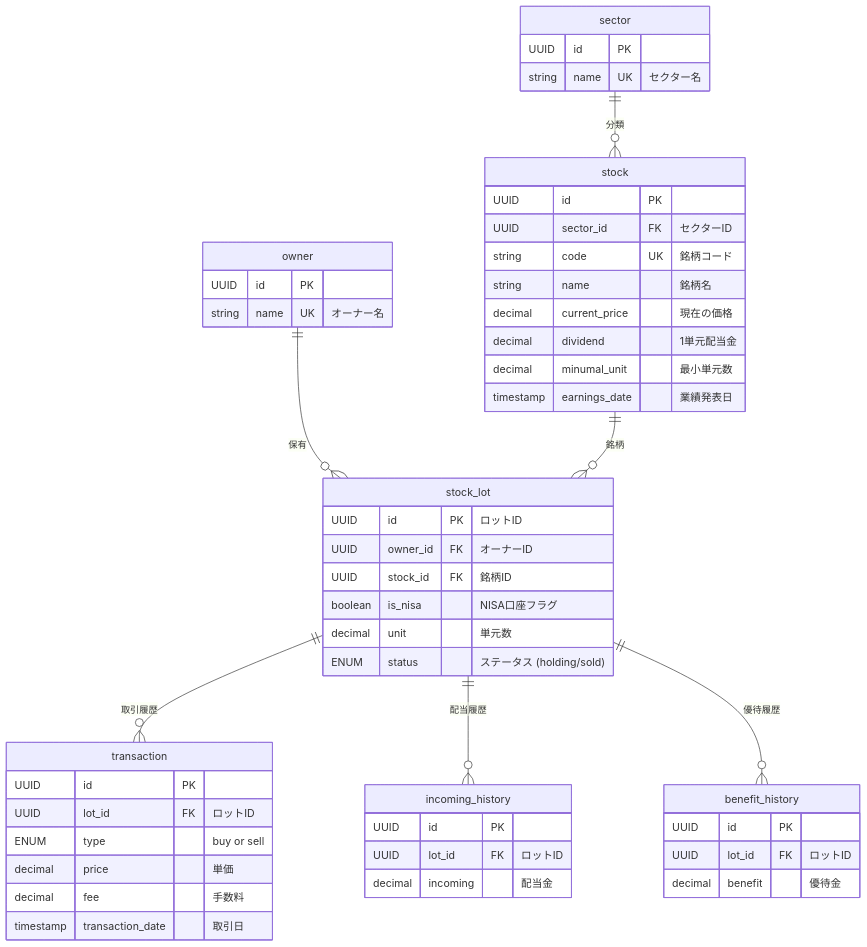
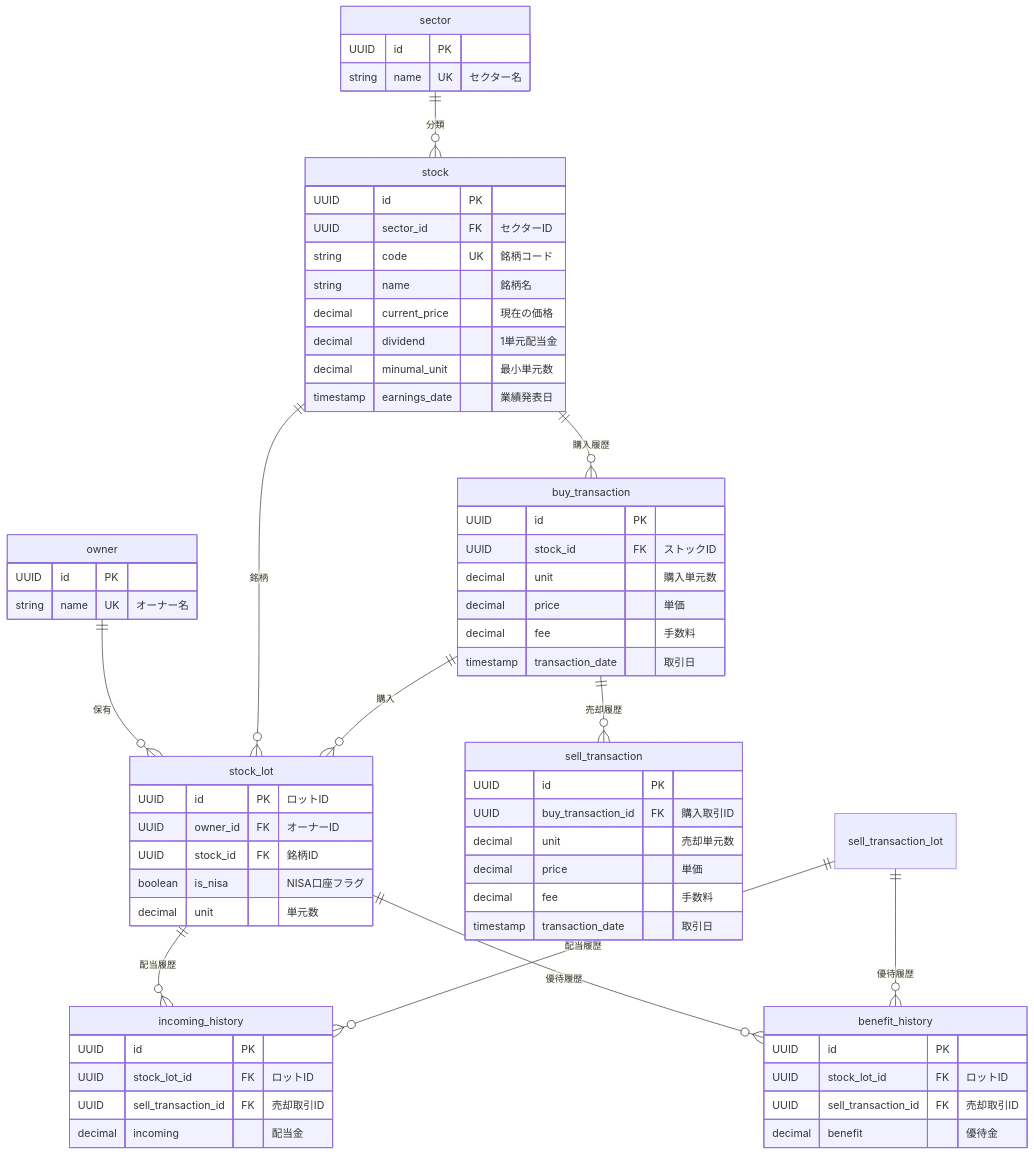
Before and after one commit to ijikeman/StockManager: the diagram in ER.md, drawn with Mermaid. The commit also changed other lines of this file, not shown here.

````diff
--- a/ER.md
+++ b/ER.md
@@ -12,61 +15,73 @@
 ```mermaid
 erDiagram
     stock {
         UUID id PK
         UUID sector_id FK "セクターID"
         string code UK "銘柄コード"
         string name "銘柄名"
         decimal current_price "現在の価格"
         decimal dividend "1単元配当金"
         decimal minumal_unit "最小単元数"
         timestamp earnings_date "業績発表日"
     }
     
     stock_lot {
         UUID id PK "ロットID"
         UUID owner_id FK "オーナーID"
         UUID stock_id FK "銘柄ID" 
         boolean is_nisa "NISA口座フラグ"
         decimal unit "単元数"
-        ENUM status "ステータス (holding/sold)"
     }
     
-    transaction {
+    buy_transaction {
         UUID id PK
-        UUID lot_id FK "ロットID"
-        ENUM type "buy or sell"
+        UUID stock_id FK "ストックID"
+        decimal unit "購入単元数"
+        decimal price "単価"
+        decimal fee "手数料"
+        timestamp transaction_date "取引日"
+    }
+
+    sell_transaction {
+        UUID id PK
+        UUID buy_transaction_id FK "購入取引ID"
+        decimal unit "売却単元数"
         decimal price "単価"
         decimal fee "手数料"
         timestamp transaction_date "取引日"
     }
 
     incoming_history {
         UUID id PK
-        UUID lot_id FK "ロットID"
+        UUID stock_lot_id FK "ロットID"
+        UUID sell_transaction_id FK "売却取引ID"
         decimal incoming "配当金"
     }
 
     benefit_history {
         UUID id PK
-        UUID lot_id FK "ロットID"
+        UUID stock_lot_id FK "ロットID"
+        UUID sell_transaction_id FK "売却取引ID"
         decimal benefit "優待金"
     }
 
     owner {
         UUID id PK
         string name UK "オーナー名"
     }
-    
 
     sector {
         UUID id PK
         string name UK "セクター名"
     }
-    
     owner ||--o{ stock_lot : "保有"
     stock ||--o{ stock_lot : "銘柄"
-    stock_lot ||--o{ transaction : "取引履歴"
+    stock ||--o{ buy_transaction : "購入履歴"
     stock_lot ||--o{ incoming_history : "配当履歴"
+    buy_transaction ||--o{ sell_transaction : "売却履歴"
+    sell_transaction_lot ||--o{ incoming_history : "配当履歴"
     stock_lot ||--o{ benefit_history : "優待履歴"
+    sell_transaction_lot ||--o{ benefit_history : "優待履歴"
     sector ||--o{ stock : "分類"
+    buy_transaction ||--o{ stock_lot : "購入"
 ```
````
